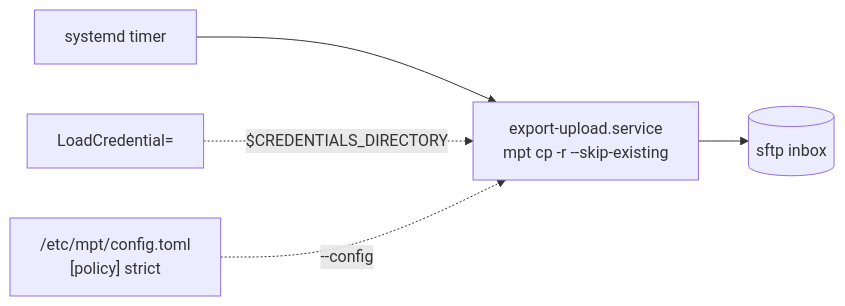
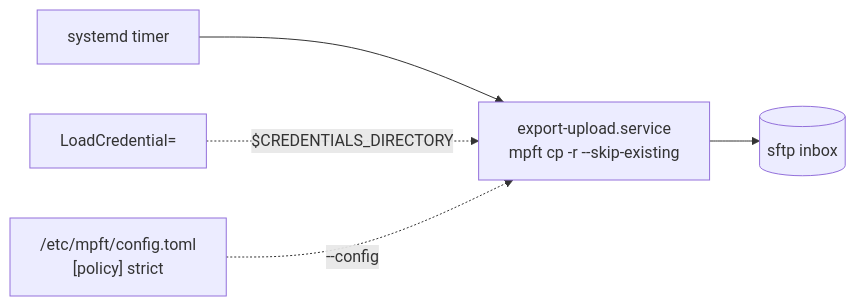
Before and after one commit to manuelbusch/mpft: the third of 6 diagrams in user_guide/src/server/deployment.md, drawn with Mermaid. The commit also changed other lines of this file and 108 other files, not shown here.

````diff
--- a/user_guide/src/server/deployment.md
+++ b/user_guide/src/server/deployment.md
@@ -58,7 +58,7 @@
 ```mermaid
 flowchart LR
-    T[systemd timer] --> U[export-upload.service<br/>mpt cp -r --skip-existing]
+    T[systemd timer] --> U[export-upload.service<br/>mpft cp -r --skip-existing]
     U --> P[(sftp inbox)]
     L["LoadCredential="] -. "$CREDENTIALS_DIRECTORY" .-> U
-    C["/etc/mpt/config.toml<br/>[policy] strict"] -. "--config" .-> U
+    C["/etc/mpft/config.toml<br/>[policy] strict"] -. "--config" .-> U
 ```
````
